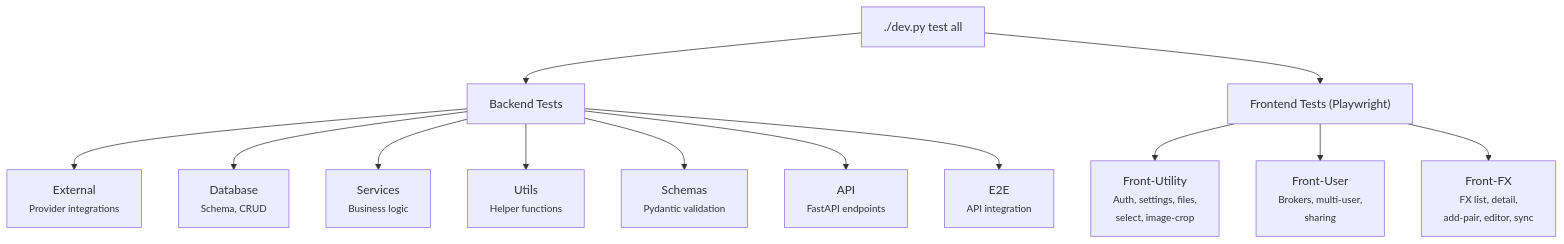
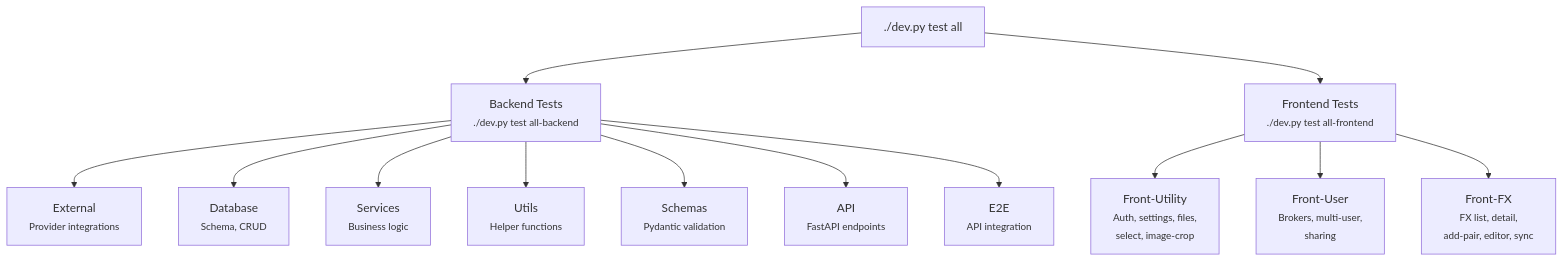
The diagram in mkdocs_src/docs/developer/test-walkthrough/index.md (Librefolio/LibreFolio), drawn with Mermaid before and after one commit. The commit also changed other lines of this file and 103 other files, not shown here.

````diff
--- a/mkdocs_src/docs/developer/test-walkthrough/index.md
+++ b/mkdocs_src/docs/developer/test-walkthrough/index.md
@@ -59,19 +67,19 @@
 ```mermaid
 graph TD
     ALL["./dev.py test all"]
 
-    ALL --> BACKEND["Backend Tests"]
-    ALL --> FRONTEND["Frontend Tests (Playwright)"]
+    ALL --> BACKEND["Backend Tests<br/><small>./dev.py test all-backend</small>"]
+    ALL --> FRONTEND["Frontend Tests<br/><small>./dev.py test all-frontend</small>"]
 
     BACKEND --> EXT["External<br/><small>Provider integrations</small>"]
     BACKEND --> DB["Database<br/><small>Schema, CRUD</small>"]
     BACKEND --> SVC["Services<br/><small>Business logic</small>"]
     BACKEND --> UTL["Utils<br/><small>Helper functions</small>"]
     BACKEND --> SCH["Schemas<br/><small>Pydantic validation</small>"]
     BACKEND --> API["API<br/><small>FastAPI endpoints</small>"]
     BACKEND --> E2E["E2E<br/><small>API integration</small>"]
 
     FRONTEND --> FU["Front-Utility<br/><small>Auth, settings, files,<br/>select, image-crop</small>"]
     FRONTEND --> FUSR["Front-User<br/><small>Brokers, multi-user,<br/>sharing</small>"]
     FRONTEND --> FFX["Front-FX<br/><small>FX list, detail,<br/>add-pair, editor, sync</small>"]
 ```
````
